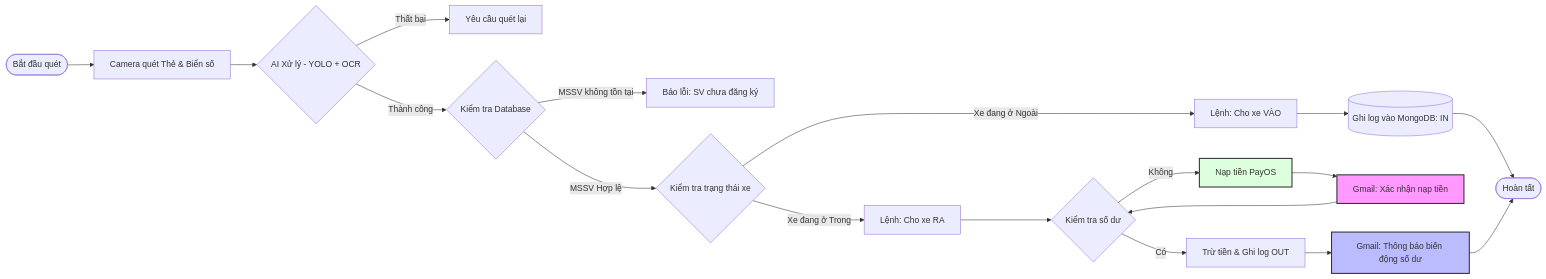
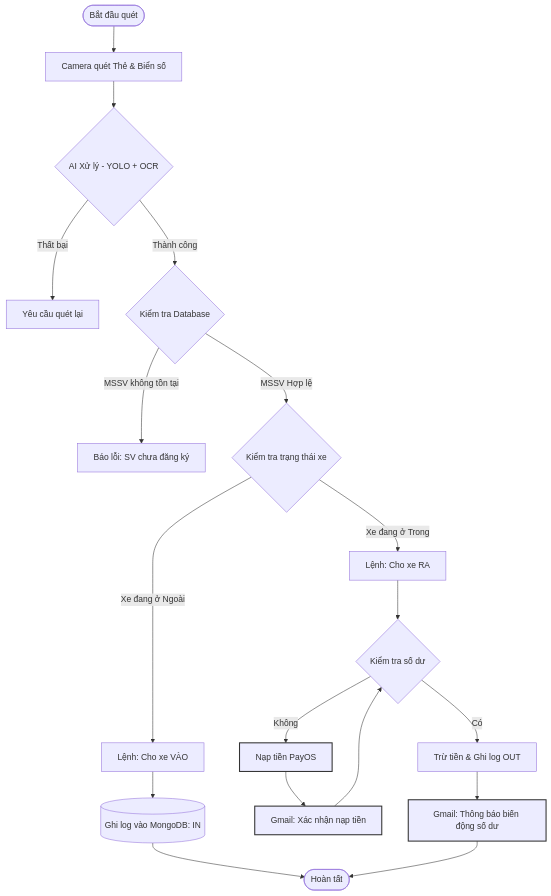
Before and after one commit to Duckkeip/TTTNDKT: the diagram in README.md, drawn with Mermaid.

````diff
--- a/README.md
+++ b/README.md
@@ -44,34 +44,34 @@
 ```mermaid
-    flowchart LR
+    flowchart TD
     Start([Bắt đầu quét]) --> Input[Camera quét Thẻ & Biển số]
     Input --> AI_Proc{AI Xử lý - YOLO + OCR}
     
     AI_Proc -->|Thất bại| Retry[Yêu cầu quét lại]
     AI_Proc -->|Thành công| DB_Check{Kiểm tra Database}
     
     DB_Check -->|MSSV không tồn tại| Error1[Báo lỗi: SV chưa đăng ký]
     DB_Check -->|MSSV Hợp lệ| Mode{Kiểm tra trạng thái xe}
     
     Mode -->|Xe đang ở Ngoài| CheckIn[Lệnh: Cho xe VÀO]
     Mode -->|Xe đang ở Trong| CheckOut[Lệnh: Cho xe RA]
     
     CheckIn --> SaveIN[(Ghi log vào MongoDB: IN)]
     CheckOut --> Balance{Kiểm tra số dư}
     
     %% Luồng Nạp tiền & Gmail 1
     Balance -->|Không| PayOS[Nạp tiền PayOS]
     PayOS --> Mail1[Gmail: Xác nhận nạp tiền]
     Mail1 --> Balance
     
     %% Luồng Trừ tiền & Gmail 2
     Balance -->|Có| Pay[Trừ tiền & Ghi log OUT]
     Pay --> Mail2[Gmail: Thông báo biến động số dư]
     
     SaveIN --> End([Hoàn tất])
     Mail2 --> End
     
     %% Định dạng màu sắc cho nổi bật
-    style Mail1 fill:#f9f,stroke:#333,stroke-width:2px
-    style Mail2 fill:#bbf,stroke:#333,stroke-width:2px
-    style PayOS fill:#dfd,stroke:#333,stroke-width:2px
+    style Mail1 fill:#brown,stroke:#333,stroke-width:2px
+    style Mail2 fill:#gray,stroke:#333,stroke-width:2px
+    style PayOS fill:#blue,stroke:#333,stroke-width:2px
 ```
````
